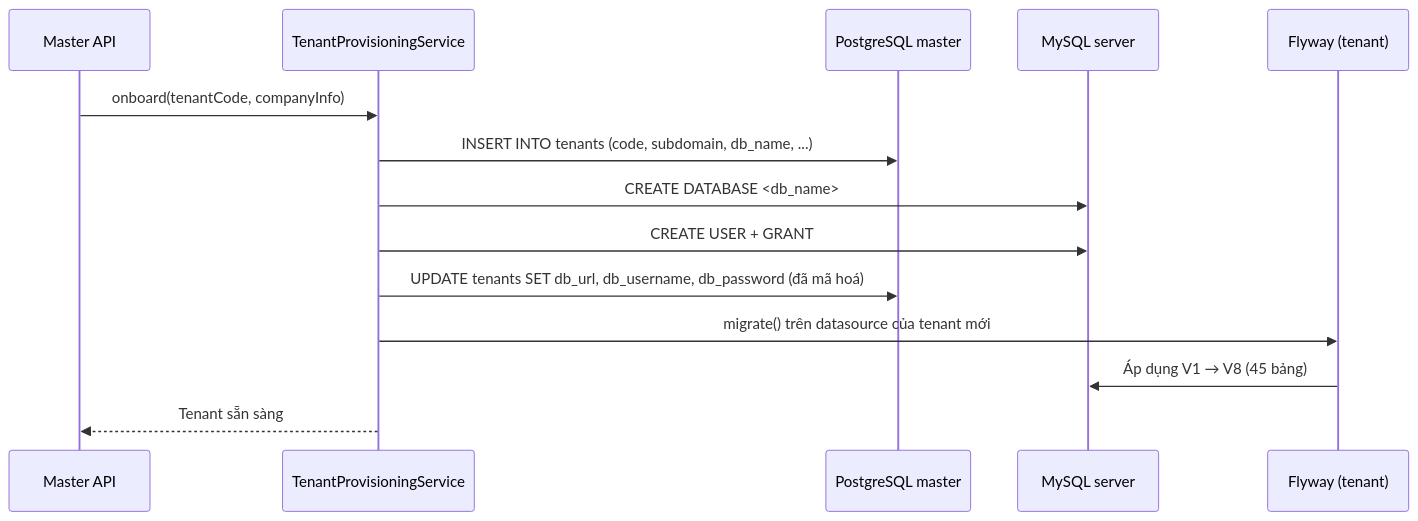
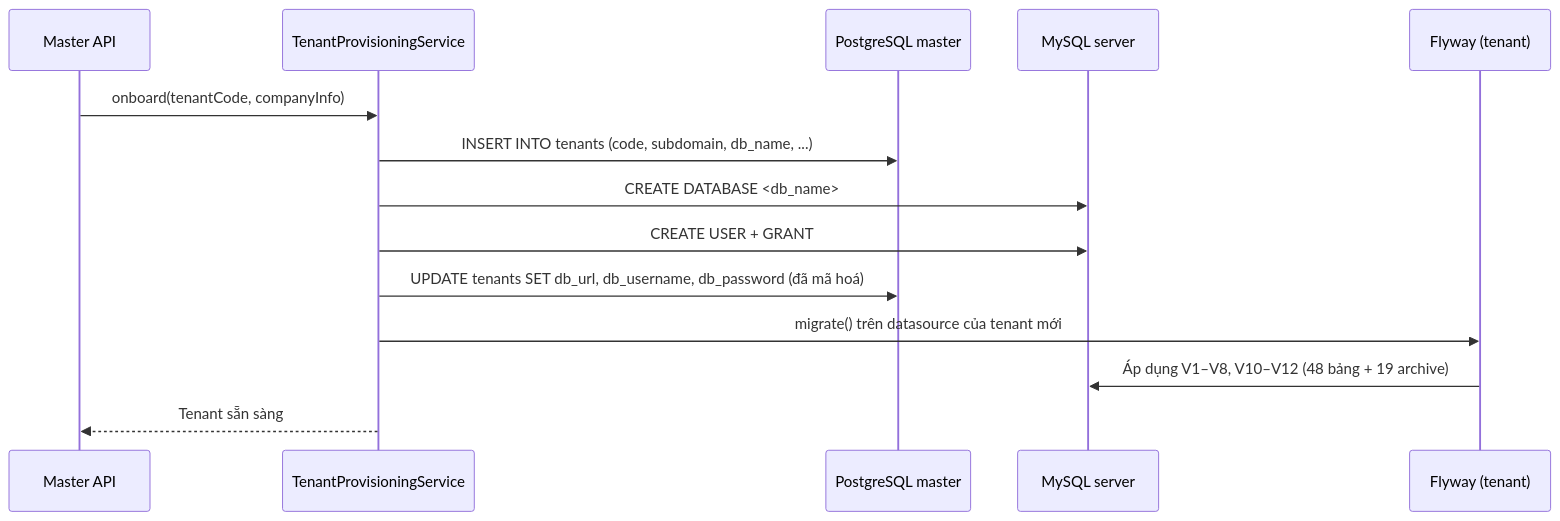
Before and after one commit to hieupnh12/SmartHire-AI: diagram 12 of 12 in docs/database/README.md, drawn with Mermaid. The commit also changed other lines of this file and 16 other files, not shown here.

````diff
--- a/docs/database/README.md
+++ b/docs/database/README.md
@@ -953,17 +1011,17 @@
 ```mermaid
 sequenceDiagram
     participant API as Master API
     participant PRV as TenantProvisioningService
     participant PG as PostgreSQL master
     participant MY as MySQL server
     participant FW as Flyway (tenant)
 
     API->>PRV: onboard(tenantCode, companyInfo)
     PRV->>PG: INSERT INTO tenants (code, subdomain, db_name, ...)
     PRV->>MY: CREATE DATABASE <db_name>
     PRV->>MY: CREATE USER + GRANT
     PRV->>PG: UPDATE tenants SET db_url, db_username, db_password (đã mã hoá)
     PRV->>FW: migrate() trên datasource của tenant mới
-    FW->>MY: Áp dụng V1 → V8 (45 bảng)
+    FW->>MY: Áp dụng V1–V8, V10–V12 (48 bảng + 19 archive)
     PRV-->>API: Tenant sẵn sàng
 ```
````
